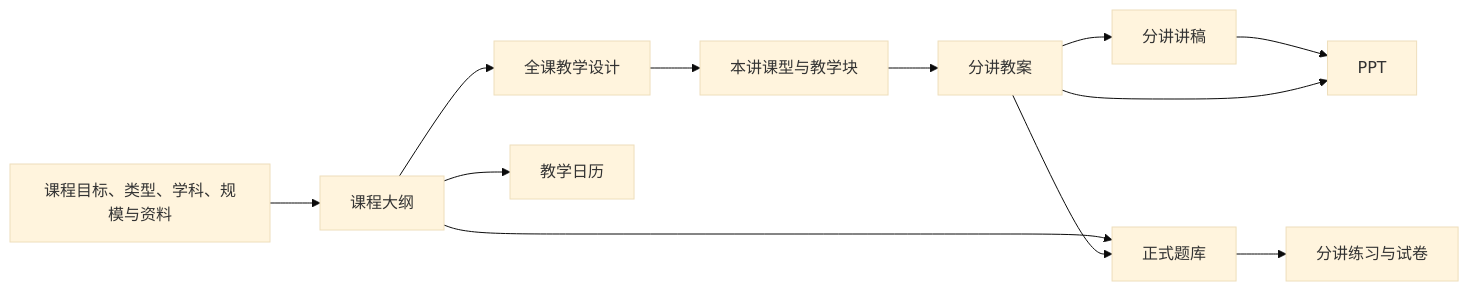
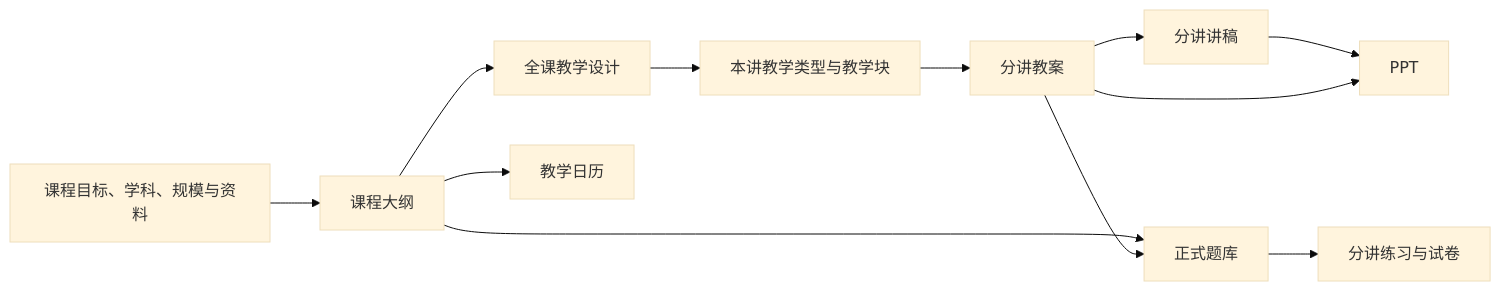
One commit to elgoog577215-beep/hackthon changed the third of 3 diagrams in docs/产品蓝图.md. Above: the diagram before and after it, drawn with Mermaid (base theme). The commit also changed other lines of this file and 16 other files, not shown here.

````diff
--- a/docs/产品蓝图.md
+++ b/docs/产品蓝图.md
@@ -592,14 +566,14 @@
 ```mermaid
 flowchart LR
-    A["课程目标、类型、学科、规模与资料"] --> B["课程大纲"]
+    A["课程目标、学科、规模与资料"] --> B["课程大纲"]
     B --> C["全课教学设计"]
     B --> D["教学日历"]
-    C --> E["本讲课型与教学块"]
+    C --> E["本讲教学类型与教学块"]
     E --> F["分讲教案"]
     F --> G["分讲讲稿"]
     B --> H["正式题库"]
     F --> H
     H --> I["分讲练习与试卷"]
     G --> J["PPT"]
     F --> J
 ```
````
